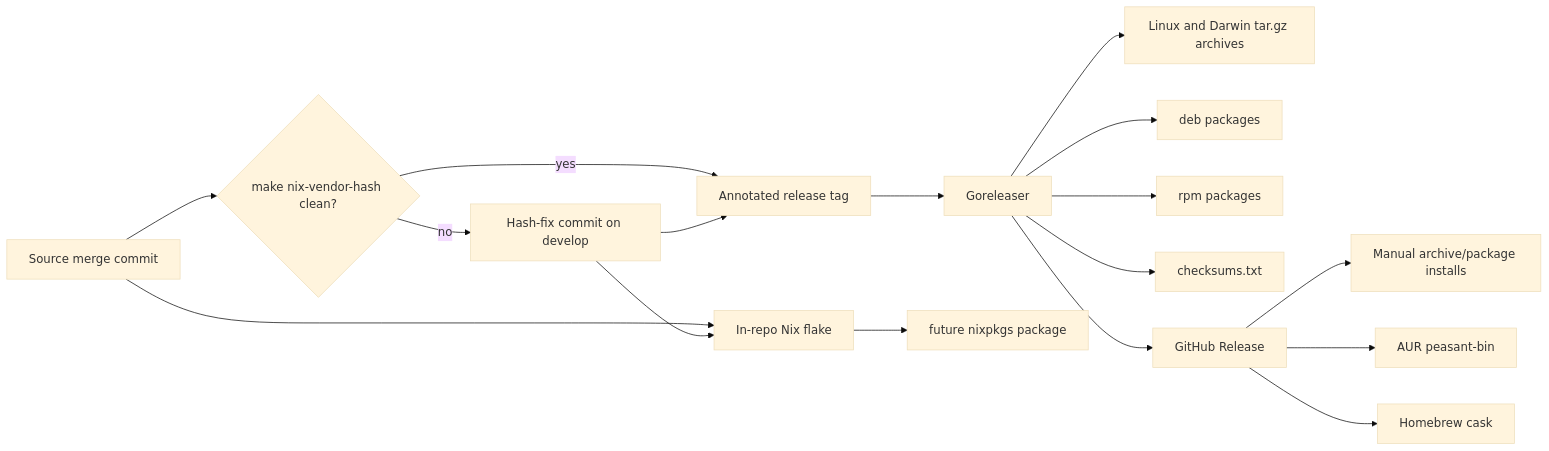
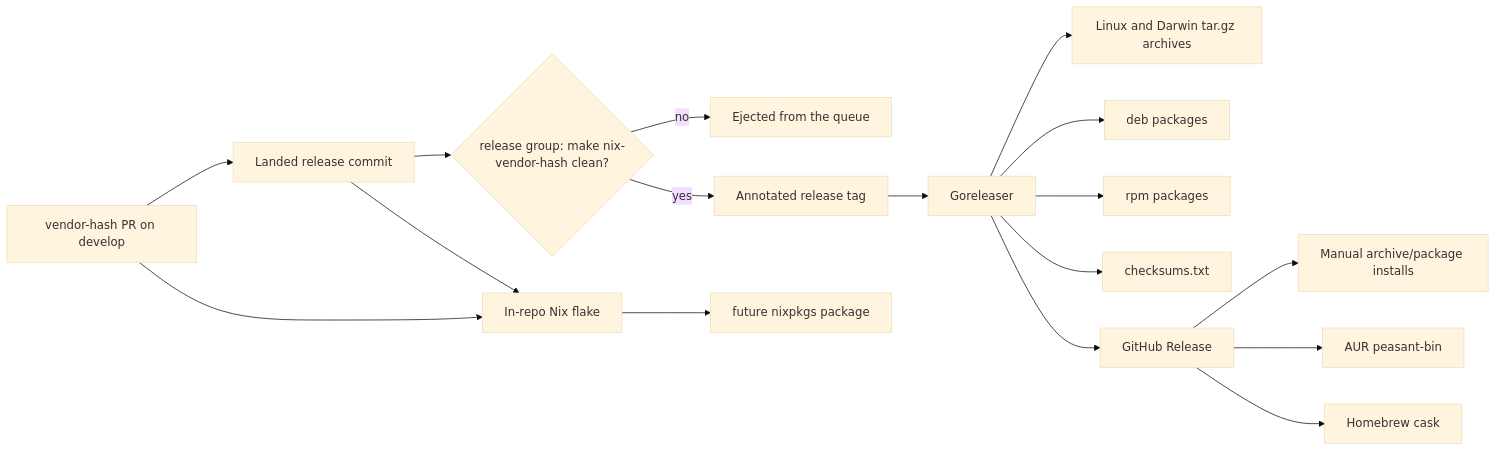
The third of 4 diagrams in docs/release-architecture.md (peasant-labs/peasant), drawn with Mermaid (base theme) before and after one commit. The commit also changed other lines of this file and 1 other file, not shown here.

Commit message:
docs(release): describe the computed-release flow and retire the release-guard grammar

````diff
--- a/docs/release-architecture.md
+++ b/docs/release-architecture.md
@@ -140,19 +138,19 @@
 ```mermaid
 flowchart LR
-  S[Source merge commit] --> H{make nix-vendor-hash clean?}
-  H -- no --> C[Hash-fix commit on develop]
+  C[vendor-hash PR on develop] --> S[Landed release commit]
+  S --> H{release group: make nix-vendor-hash clean?}
+  H -- no --> X[Ejected from the queue]
   H -- yes --> T[Annotated release tag]
-  C --> T
   T --> G[Goreleaser]
   G --> A[Linux and Darwin tar.gz archives]
   G --> D[deb packages]
   G --> R[rpm packages]
   G --> K[checksums.txt]
   G --> GH[GitHub Release]
   GH --> U[Manual archive/package installs]
   GH --> AU[AUR peasant-bin]
   GH --> HB[Homebrew cask]
   S --> N[In-repo Nix flake]
   C --> N
   N --> NP[future nixpkgs package]
 ```
````
